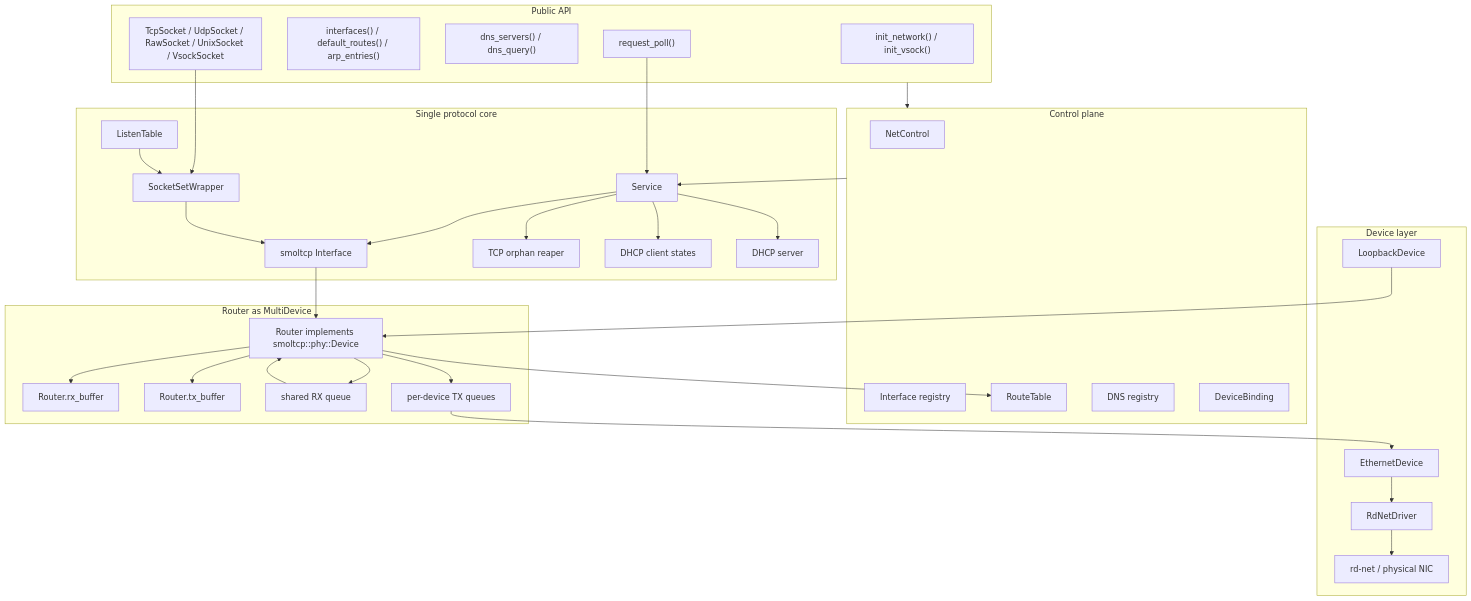
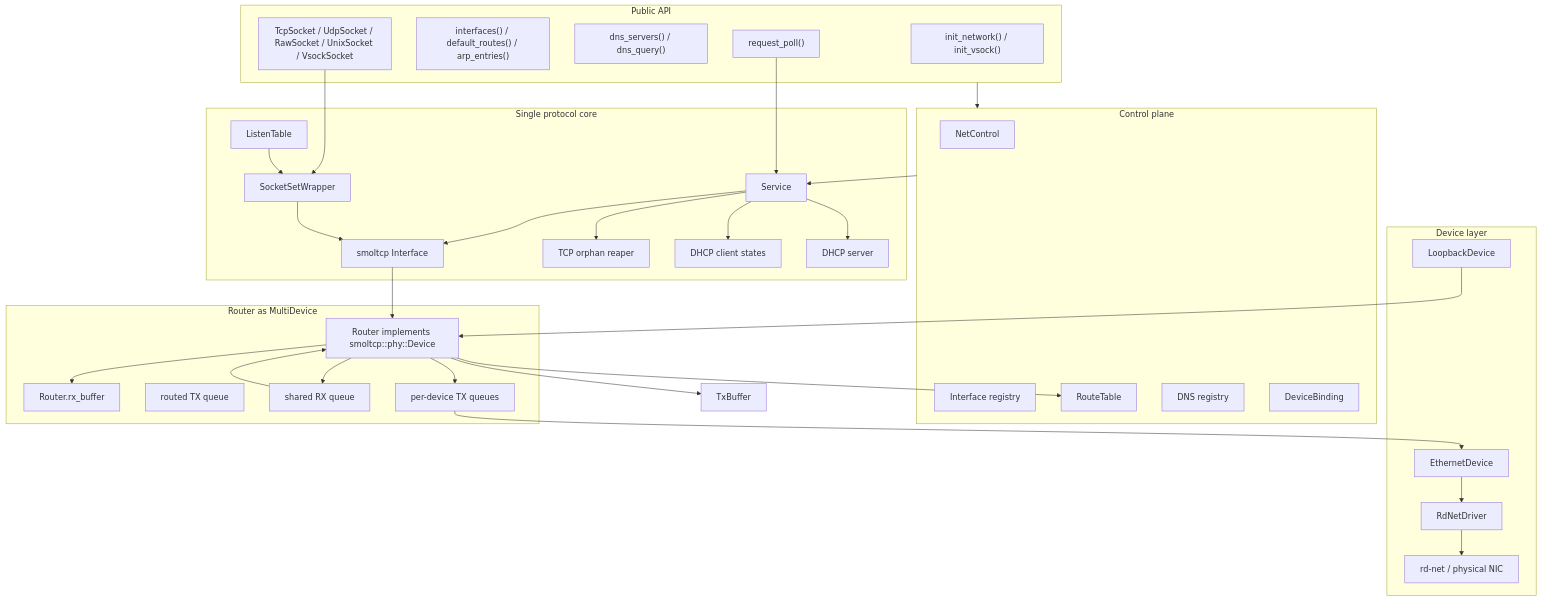
Before and after one commit to rcore-os/tgoskits: the first of 5 diagrams in docs/docs/architecture/net/architecture.md, drawn with Mermaid. The commit also changed other lines of this file and 19 other files, not shown here.

````diff
--- a/docs/docs/architecture/net/architecture.md
+++ b/docs/docs/architecture/net/architecture.md
@@ -36,65 +36,65 @@
 ```mermaid
 flowchart TB
     subgraph Api["Public API"]
         Init["init_network() / init_vsock()"]
         Query["interfaces() / default_routes() / arp_entries()"]
         DnsApi["dns_servers() / dns_query()"]
         Sockets["TcpSocket / UdpSocket / RawSocket / UnixSocket / VsockSocket"]
         PollApi["request_poll()"]
     end
 
     subgraph Control["Control plane"]
         NetControl["NetControl"]
         IfaceRegistry["Interface registry"]
         Routes["RouteTable"]
         DnsRegistry["DNS registry"]
         Binding["DeviceBinding"]
     end
 
     subgraph Core["Single protocol core"]
         Service["Service"]
         SmolIface["smoltcp Interface"]
         SocketSet["SocketSetWrapper"]
         Listen["ListenTable"]
         Orphan["TCP orphan reaper"]
         DhcpClient["DHCP client states"]
         DhcpServer["DHCP server"]
     end
 
     subgraph MultiDev["Router as MultiDevice"]
         Router["Router implements smoltcp::phy::Device"]
         RxBuffer["Router.rx_buffer"]
-        TxBuffer["Router.tx_buffer"]
+        TxQueue["routed TX queue"]
         RxQueue["shared RX queue"]
         TxQueues["per-device TX queues"]
     end
 
     subgraph DeviceLayer["Device layer"]
         Loopback["LoopbackDevice"]
         Ethernet["EthernetDevice"]
         RdNet["RdNetDriver"]
         Hardware["rd-net / physical NIC"]
     end
 
     Api --> Control
     Sockets --> SocketSet
     PollApi --> Service
     Control --> Service
     Service --> SmolIface
     Service --> DhcpClient
     Service --> DhcpServer
     Service --> Orphan
     SmolIface --> Router
     SocketSet --> SmolIface
     Listen --> SocketSet
     Router --> RxBuffer
     Router --> TxBuffer
     Router --> RxQueue
     Router --> TxQueues
     Router --> Routes
     TxQueues --> Ethernet
     RxQueue --> Router
     Loopback --> Router
     Ethernet --> RdNet
     RdNet --> Hardware
 ```
````
